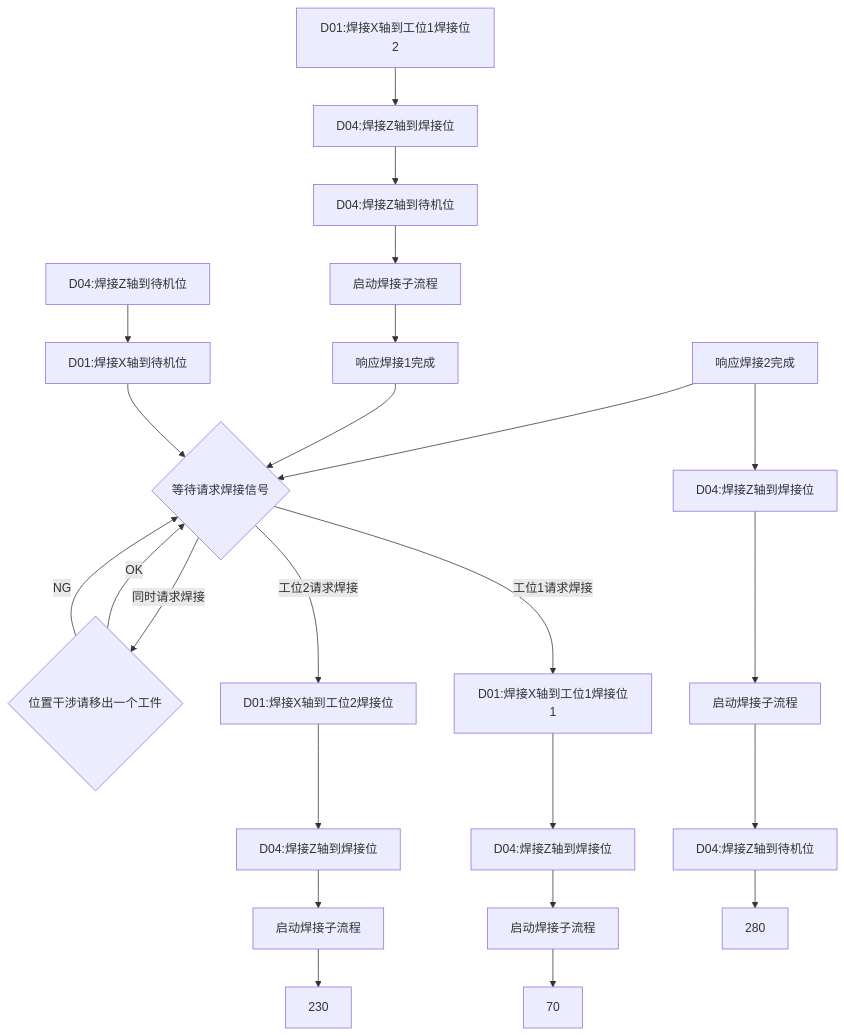
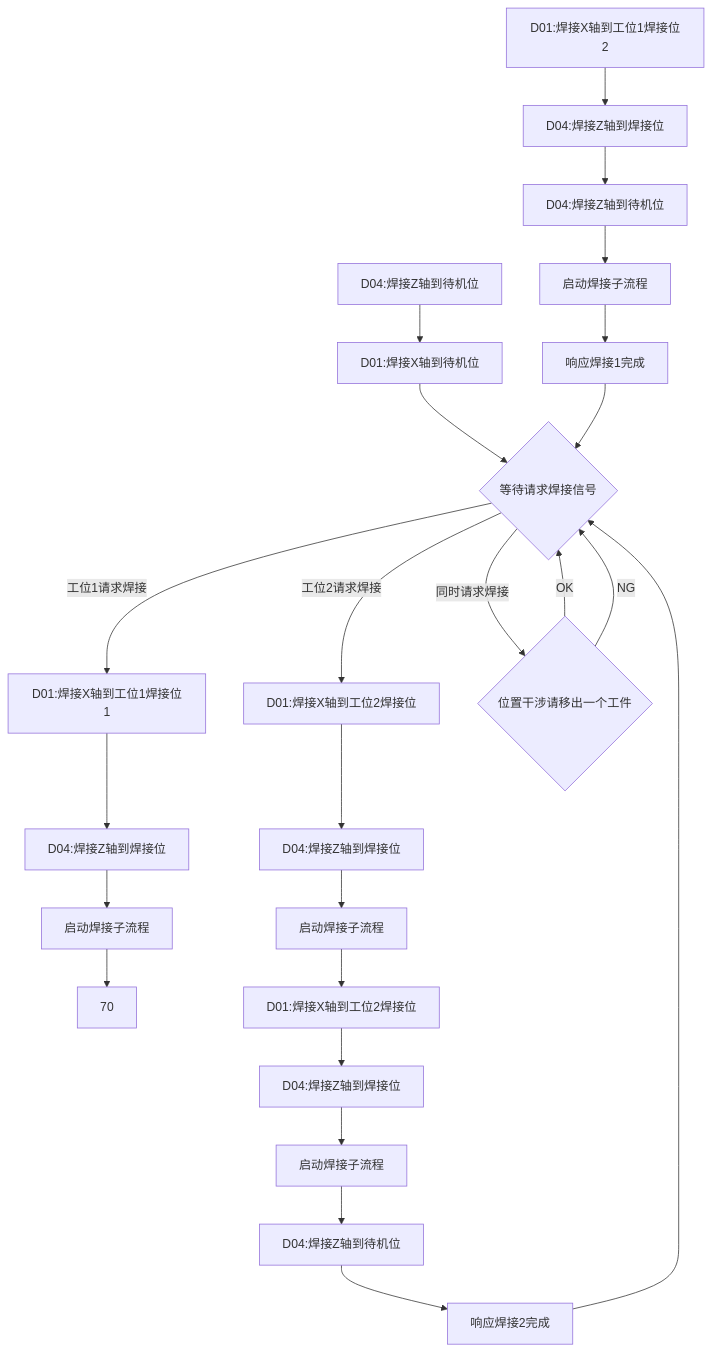
Before and after one commit to PengKun1/iodraw-files: the diagram in all/OP20-1焊接工位自动流程.md, drawn with Mermaid.

Commit message:
2024-08-07 14:12:14 update

````diff
--- a/all/OP20-1焊接工位自动流程.md
+++ b/all/OP20-1焊接工位自动流程.md
@@ -1,26 +1,26 @@
 ```mermaid
 graph TD
 10[D04:焊接Z轴到待机位]-->20
 20[D01:焊接X轴到待机位]-->30
 30{等待请求焊接信号}-->|工位1请求焊接|40
 30-->|工位2请求焊接|200
 30-->|同时请求焊接|900
 40[D01:焊接X轴到工位1焊接位1]-->50
 50[D04:焊接Z轴到焊接位]-->60
 60[启动焊接子流程]-->70
 80[D01:焊接X轴到工位1焊接位2]-->90
 90[D04:焊接Z轴到焊接位]-->100
 100[D04:焊接Z轴到待机位]-->110
 110[启动焊接子流程]-->120
 120[响应焊接1完成]-->30
 200[D01:焊接X轴到工位2焊接位]-->210
 210[D04:焊接Z轴到焊接位]-->220
 220[启动焊接子流程]-->230
-240[D01:焊接X轴到工位2焊接位]-->250
+230[D01:焊接X轴到工位2焊接位]-->250
 250[D04:焊接Z轴到焊接位]-->260
 260[启动焊接子流程]-->270
 270[D04:焊接Z轴到待机位]-->280
-240[响应焊接2完成]-->30
+280[响应焊接2完成]-->30
 900{位置干涉请移出一个工件}-->|OK|30
 900-->|NG|30
 ```
````
